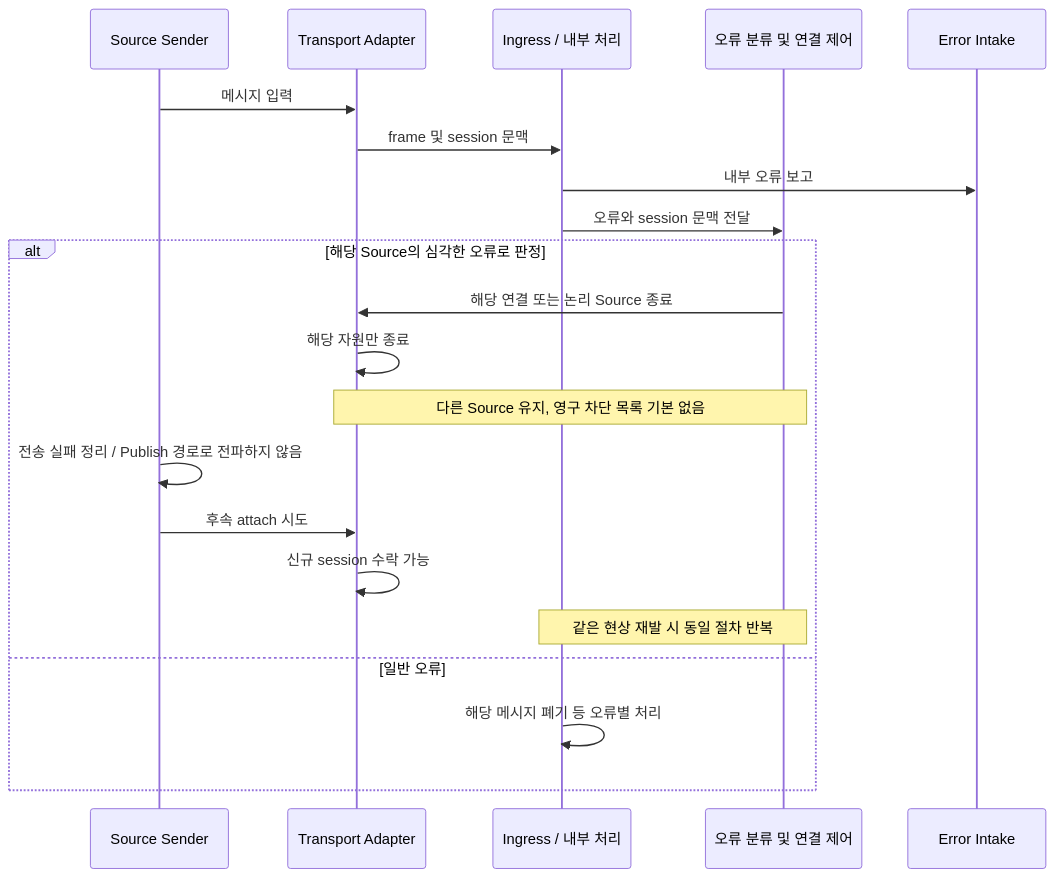
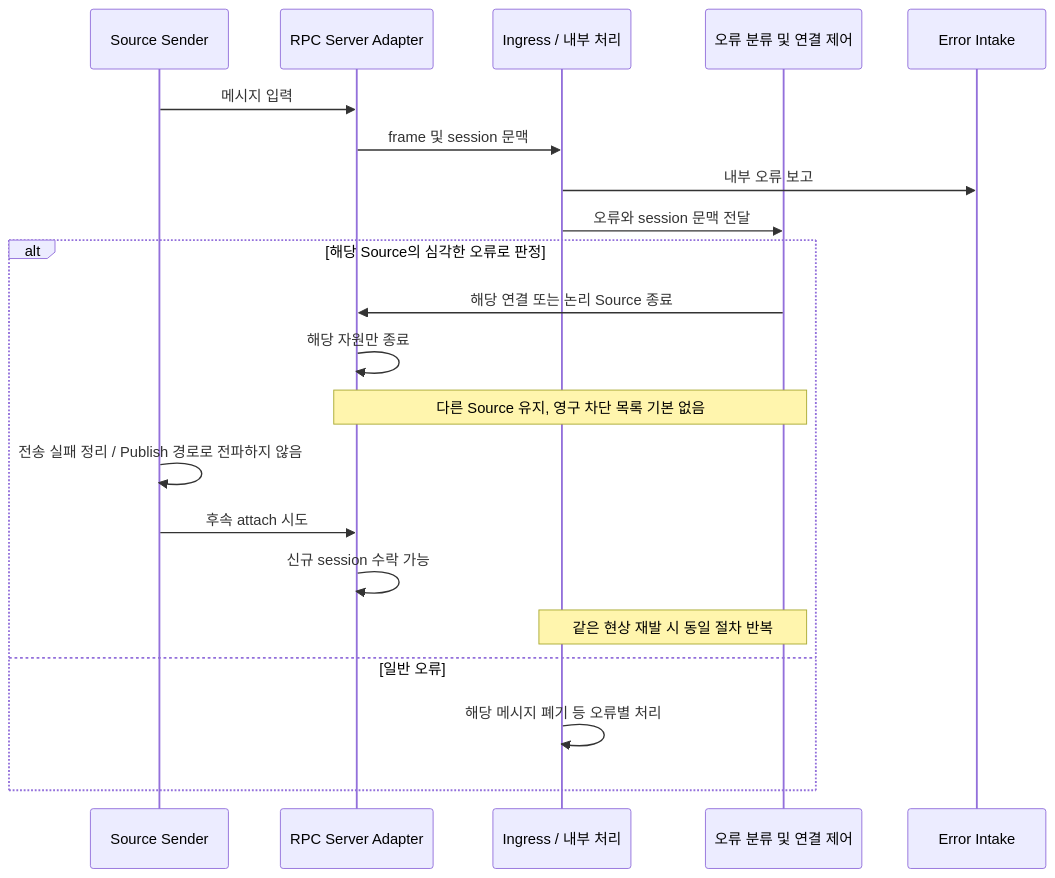
The fifth of 8 diagrams in docs/arch/08-sequences.md (south-hive/project-dsn), drawn with Mermaid before and after one commit. The commit also changed other lines of this file and 26 other files, not shown here.

````diff
--- a/docs/arch/08-sequences.md
+++ b/docs/arch/08-sequences.md
@@ -144,23 +144,23 @@
 ```mermaid
 sequenceDiagram
     participant Sender as Source Sender
-    participant TA as Transport Adapter
+    participant TA as RPC Server Adapter
     participant Core as Ingress / 내부 처리
     participant Policy as 오류 분류 및 연결 제어
     participant Error as Error Intake
     Sender->>TA: 메시지 입력
     TA->>Core: frame 및 session 문맥
     Core->>Error: 내부 오류 보고
     Core->>Policy: 오류와 session 문맥 전달
     alt 해당 Source의 심각한 오류로 판정
         Policy->>TA: 해당 연결 또는 논리 Source 종료
         TA->>TA: 해당 자원만 종료
         Note over TA,Policy: 다른 Source 유지, 영구 차단 목록 기본 없음
         Sender->>Sender: 전송 실패 정리 / Publish 경로로 전파하지 않음
         Sender->>TA: 후속 attach 시도
         TA->>TA: 신규 session 수락 가능
         Note over Core,Policy: 같은 현상 재발 시 동일 절차 반복
     else 일반 오류
         Core->>Core: 해당 메시지 폐기 등 오류별 처리
     end
 ```
````
